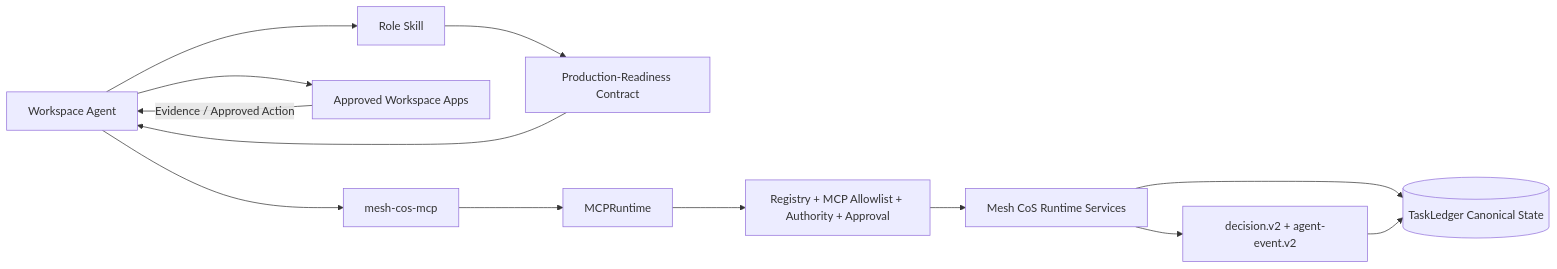
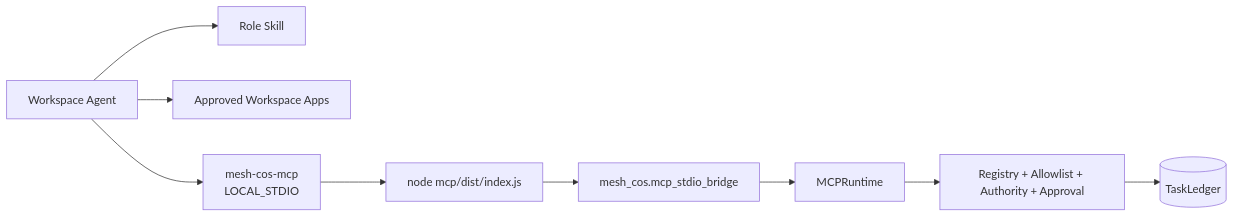
One commit to mkleinbe/mesh-ai-agent-cos-universe changed the diagram in chatgpt/README.md. Above: the diagram before and after it, drawn with Mermaid. The commit also changed other lines of this file, not shown here.

Commit message:
docs: update ChatGPT package guide for local MCP

````diff
--- a/chatgpt/README.md
+++ b/chatgpt/README.md
@@ -18,15 +17,11 @@
 ```mermaid
 flowchart LR
     WA[Workspace Agent] --> SK[Role Skill]
     WA --> APPS[Approved Workspace Apps]
-    WA --> MCP[mesh-cos-mcp]
-    SK --> PR[Production-Readiness Contract]
-    PR --> WA
-    APPS -->|Evidence / Approved Action| WA
-    MCP --> RT[MCPRuntime]
-    RT --> AUTH[Registry + MCP Allowlist + Authority + Approval]
-    AUTH --> SVC[Mesh CoS Runtime Services]
-    SVC --> TL[(TaskLedger Canonical State)]
-    SVC --> GOV[decision.v2 + agent-event.v2]
-    GOV --> TL
+    WA --> MCP[mesh-cos-mcp\nLOCAL_STDIO]
+    MCP --> NODE[node mcp/dist/index.js]
+    NODE --> BRIDGE[mesh_cos.mcp_stdio_bridge]
+    BRIDGE --> RT[MCPRuntime]
+    RT --> AUTH[Registry + Allowlist + Authority + Approval]
+    AUTH --> TL[(TaskLedger)]
 ```
````
